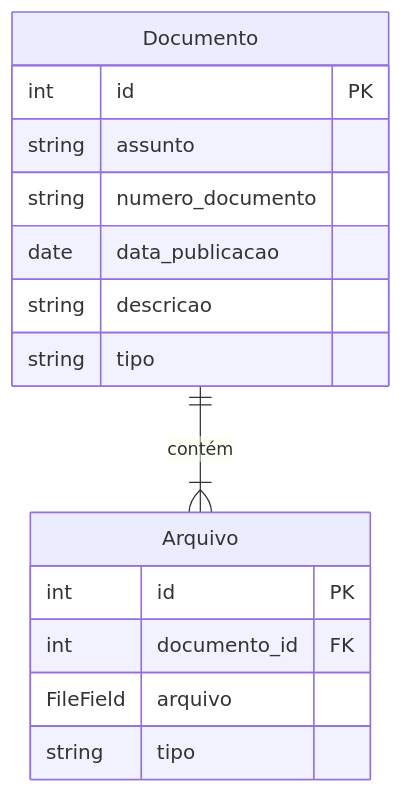
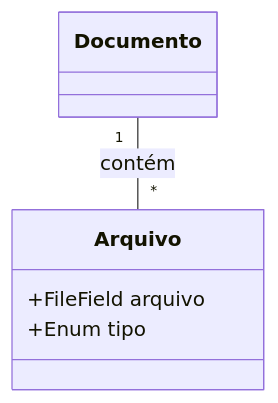
The second of 3 diagrams in docs/apps/documentos.md (Andre-fdias/SisCoE), drawn with Mermaid before and after one commit. The commit also changed other lines of this file and 17 other files, not shown here.

````diff
--- a/docs/apps/documentos.md
+++ b/docs/apps/documentos.md
@@ -11,20 +59,8 @@
 ```mermaid
-erDiagram
-    Documento ||--|{ Arquivo : "contém"
-
-    Documento {
-        int id PK
-        string assunto
-        string numero_documento
-        date data_publicacao
-        string descricao
-        string tipo
+classDiagram
+    class Arquivo {
+        +FileField arquivo
+        +Enum tipo
     }
-
-    Arquivo {
-        int id PK
-        int documento_id FK
-        FileField arquivo
-        string tipo
-    }
+    Documento "1" -- "*" Arquivo : contém
 ```
````
